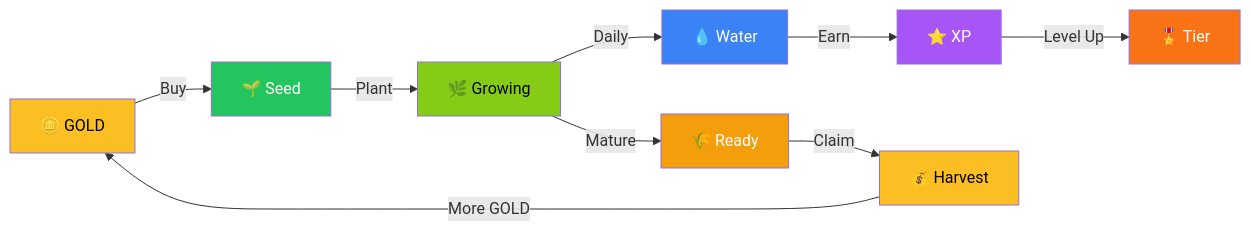
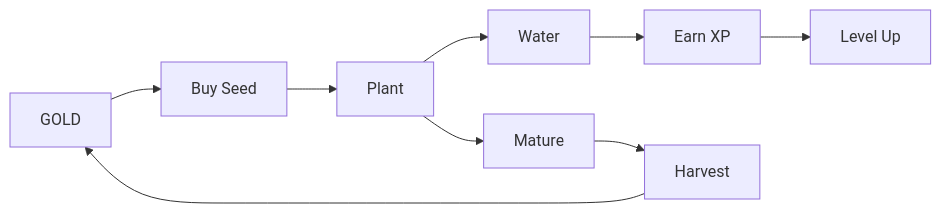
One commit to OwnaFarm/docs changed the diagram in gitbook/features/gamification.md. Above: the diagram before and after it, drawn with Mermaid. The commit also changed other lines of this file and 17 other files, not shown here.

````diff
--- a/gitbook/features/gamification.md
+++ b/gitbook/features/gamification.md
@@ -64,20 +21,11 @@
 ```mermaid
 flowchart LR
-    A[🪙 GOLD] -->|Buy| B[🌱 Seed]
-    B -->|Plant| C[🌿 Growing]
-    C -->|Daily| D[💧 Water]
-    D -->|Earn| E[⭐ XP]
-    E -->|Level Up| F[🎖️ Tier]
-    C -->|Mature| G[🌾 Ready]
-    G -->|Claim| H[💰 Harvest]
-    H -->|More GOLD| A
-
-    style A fill:#fbbf24,color:#000
-    style B fill:#22c55e,color:#fff
-    style C fill:#84cc16,color:#000
-    style D fill:#3b82f6,color:#fff
-    style E fill:#a855f7,color:#fff
-    style F fill:#f97316,color:#fff
-    style G fill:#f59e0b,color:#fff
-    style H fill:#fbbf24,color:#000
+    A[GOLD] --> B[Buy Seed]
+    B --> C[Plant]
+    C --> D[Water]
+    D --> E[Earn XP]
+    E --> F[Level Up]
+    C --> G[Mature]
+    G --> H[Harvest]
+    H --> A
 ```
````
